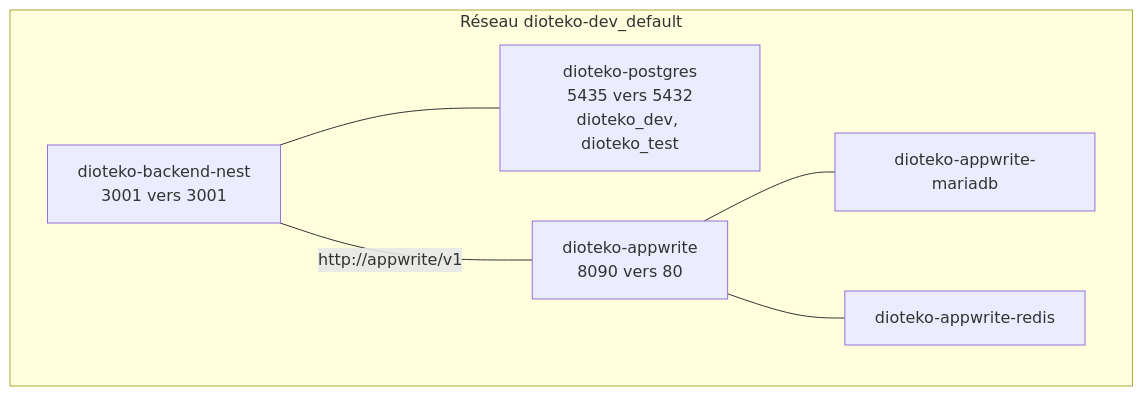
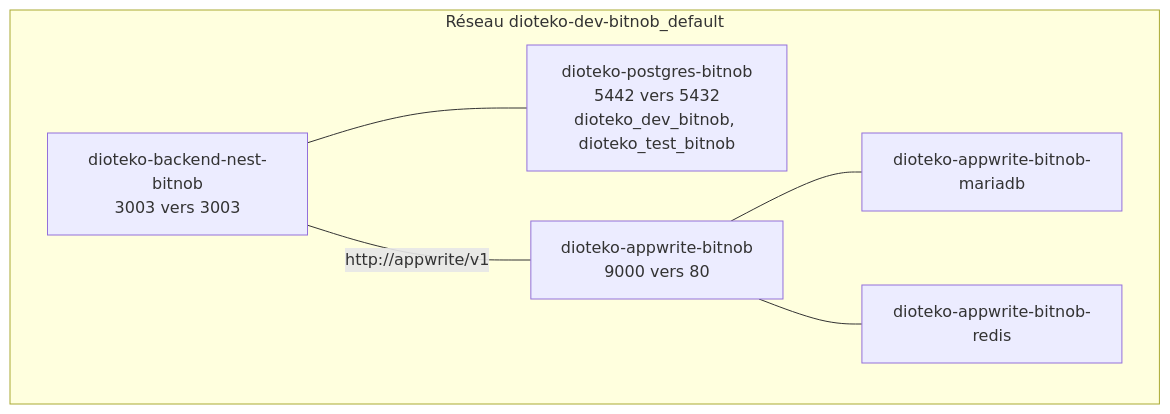
One commit to Bitnob-Hackhaton/DioteKo changed the second of 10 diagrams in docs/ARCHITECTURE_AS_BUILT.md. Above: the diagram before and after it, drawn with Mermaid. The commit also changed other lines of this file and 15 other files, not shown here.

Commit message:
docs: update dev ports and -bitnob database names

````diff
--- a/docs/ARCHITECTURE_AS_BUILT.md
+++ b/docs/ARCHITECTURE_AS_BUILT.md
@@ -87,14 +87,14 @@
 ```mermaid
 flowchart TB
-  subgraph NET_DEFAULT["Réseau dioteko-dev_default"]
-    BE["dioteko-backend-nest<br/>3001 vers 3001"]
-    AP["dioteko-appwrite<br/>8090 vers 80"]
-    MD["dioteko-appwrite-mariadb"]
-    RD["dioteko-appwrite-redis"]
-    PGC["dioteko-postgres<br/>5435 vers 5432<br/>dioteko_dev, dioteko_test"]
+  subgraph NET_DEFAULT["Réseau dioteko-dev-bitnob_default"]
+    BE["dioteko-backend-nest-bitnob<br/>3003 vers 3003"]
+    AP["dioteko-appwrite-bitnob<br/>9000 vers 80"]
+    MD["dioteko-appwrite-bitnob-mariadb"]
+    RD["dioteko-appwrite-bitnob-redis"]
+    PGC["dioteko-postgres-bitnob<br/>5442 vers 5432<br/>dioteko_dev_bitnob, dioteko_test_bitnob"]
   end
   BE --- PGC
   BE ---|"http://appwrite/v1"| AP
   AP --- MD
   AP --- RD
 ```
````
